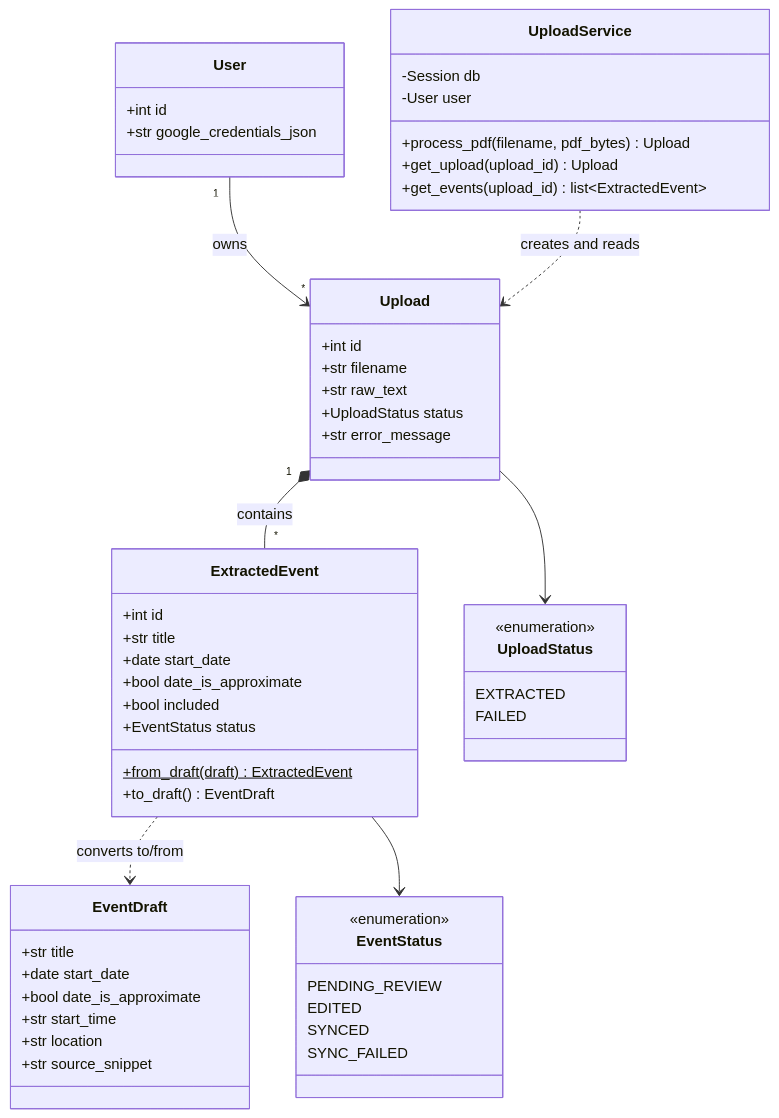
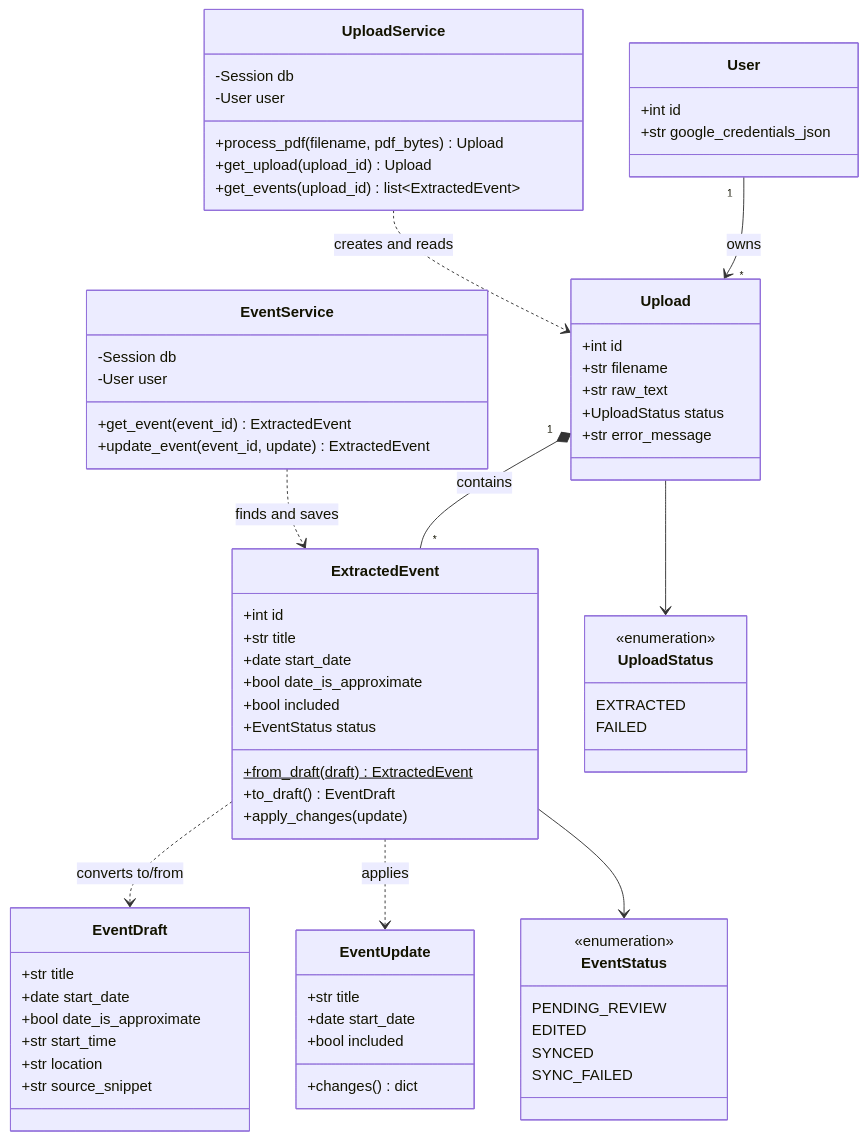
Before and after one commit to liam-shah/Syllabus2Cal: the second of 6 diagrams in ARCHITECTURE.md, drawn with Mermaid. The commit also changed other lines of this file and 23 other files, not shown here.

````diff
--- a/ARCHITECTURE.md
+++ b/ARCHITECTURE.md
@@ -66,57 +66,72 @@
 ```mermaid
 classDiagram
     class UploadService {
         -Session db
         -User user
         +process_pdf(filename, pdf_bytes) Upload
         +get_upload(upload_id) Upload
         +get_events(upload_id) list~ExtractedEvent~
     }
     class User {
         +int id
         +str google_credentials_json
     }
     class Upload {
         +int id
         +str filename
         +str raw_text
         +UploadStatus status
         +str error_message
     }
     class ExtractedEvent {
         +int id
         +str title
         +date start_date
         +bool date_is_approximate
         +bool included
         +EventStatus status
         +from_draft(draft)$ ExtractedEvent
         +to_draft() EventDraft
+        +apply_changes(update)
+    }
+    class EventService {
+        -Session db
+        -User user
+        +get_event(event_id) ExtractedEvent
+        +update_event(event_id, update) ExtractedEvent
+    }
+    class EventUpdate {
+        +str title
+        +date start_date
+        +bool included
+        +changes() dict
     }
     class EventDraft {
         +str title
         +date start_date
         +bool date_is_approximate
         +str start_time
         +str location
         +str source_snippet
     }
     class UploadStatus {
         <<enumeration>>
         EXTRACTED
         FAILED
     }
     class EventStatus {
         <<enumeration>>
         PENDING_REVIEW
         EDITED
         SYNCED
         SYNC_FAILED
     }
     User "1" --> "*" Upload : owns
     Upload "1" *-- "*" ExtractedEvent : contains
     UploadService ..> Upload : creates and reads
     ExtractedEvent ..> EventDraft : converts to/from
+    EventService ..> ExtractedEvent : finds and saves
+    ExtractedEvent ..> EventUpdate : applies
     Upload --> UploadStatus
     ExtractedEvent --> EventStatus
 ```
````
